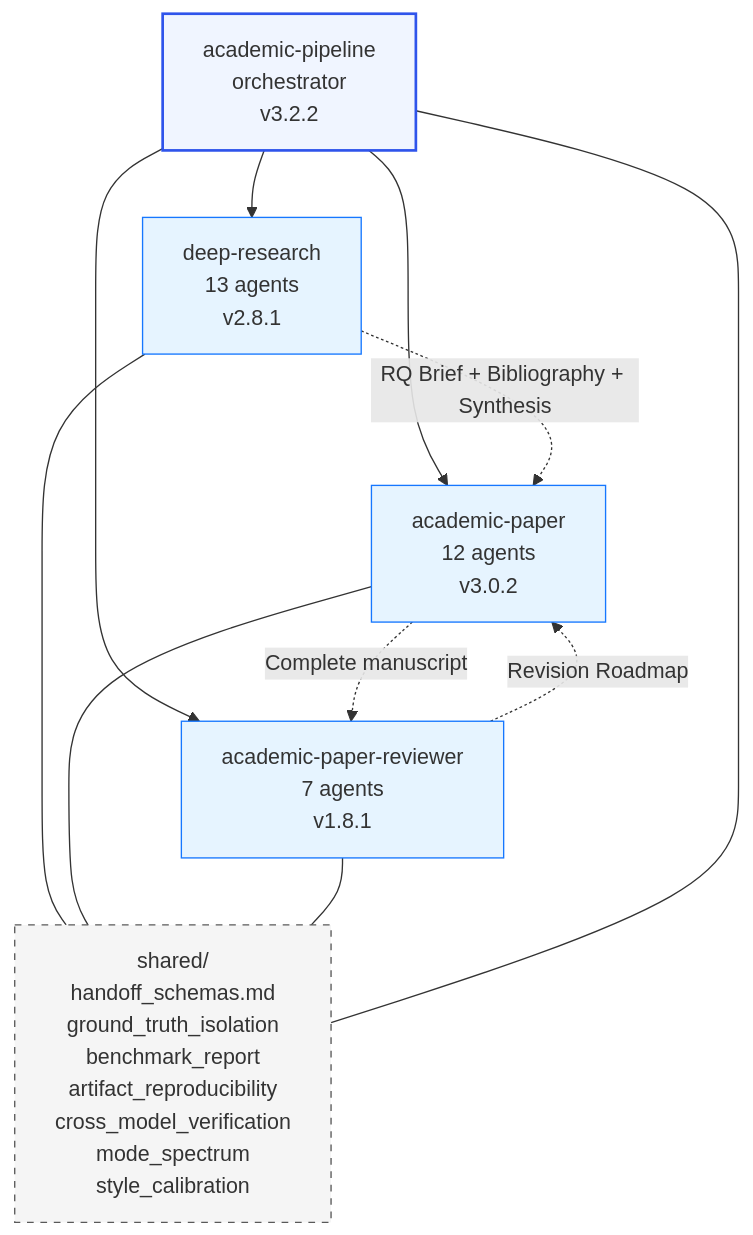
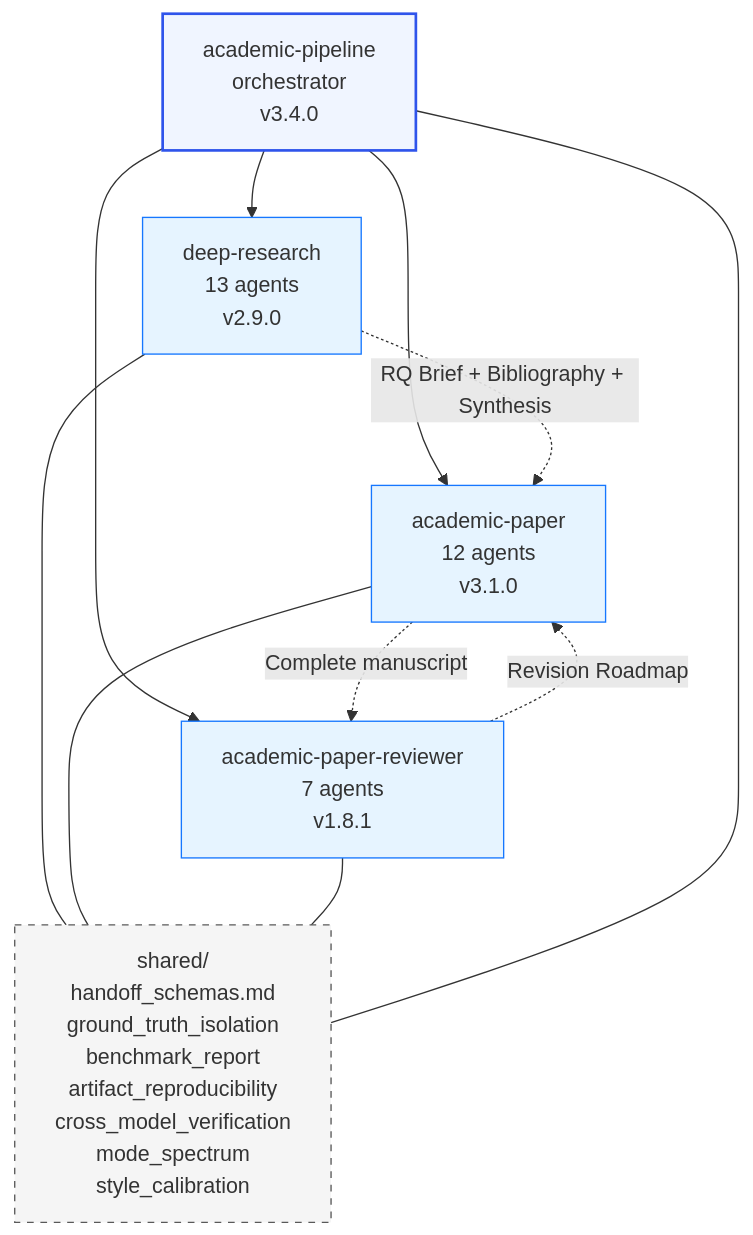
Before and after one commit to Masqiller/ARG-RESEARCHER-V4.1: the third of 4 diagrams in docs/ARCHITECTURE.md, drawn with Mermaid. The commit also changed other lines of this file and 17 other files, not shown here.

````diff
--- a/docs/ARCHITECTURE.md
+++ b/docs/ARCHITECTURE.md
@@ -147,26 +147,26 @@
 ```mermaid
 graph TD
-    Pipeline[academic-pipeline<br/>orchestrator<br/>v3.2.2]
-    DR[deep-research<br/>13 agents<br/>v2.8.1]
-    AP[academic-paper<br/>12 agents<br/>v3.0.2]
+    Pipeline[academic-pipeline<br/>orchestrator<br/>v3.4.0]
+    DR[deep-research<br/>13 agents<br/>v2.9.0]
+    AP[academic-paper<br/>12 agents<br/>v3.1.0]
     APR[academic-paper-reviewer<br/>7 agents<br/>v1.8.1]
     Shared[shared/<br/>handoff_schemas.md<br/>ground_truth_isolation<br/>benchmark_report<br/>artifact_reproducibility<br/>cross_model_verification<br/>mode_spectrum<br/>style_calibration]
 
     Pipeline --> DR
     Pipeline --> AP
     Pipeline --> APR
     DR -. "RQ Brief + Bibliography + Synthesis" .-> AP
     AP -. "Complete manuscript" .-> APR
     APR -. "Revision Roadmap" .-> AP
     DR --- Shared
     AP --- Shared
     APR --- Shared
     Pipeline --- Shared
 
     classDef orch fill:#f0f5ff,stroke:#2f54eb,stroke-width:2px
     classDef skill fill:#e6f4ff,stroke:#1677ff
     classDef shared fill:#f5f5f5,stroke:#595959,stroke-dasharray:5 5
     class Pipeline orch
     class DR,AP,APR skill
     class Shared shared
 ```
````
